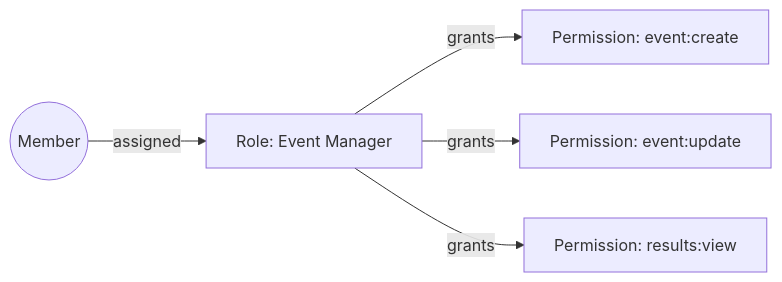
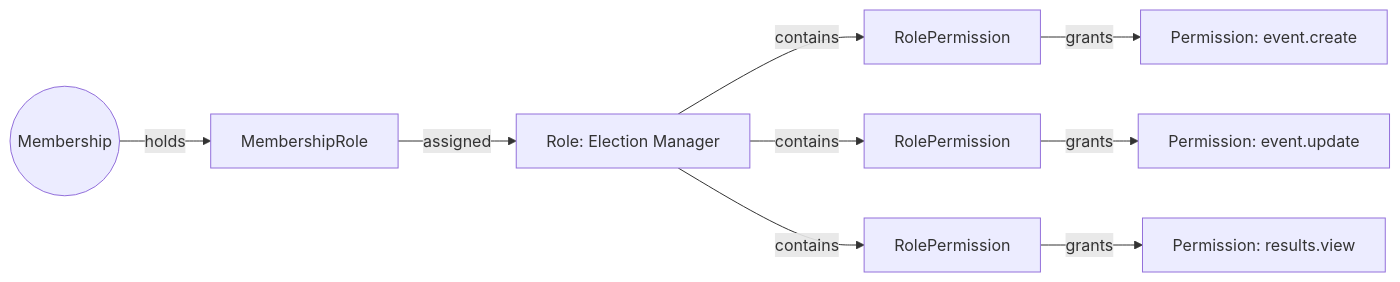
The fourth of 4 diagrams in docs/architecture/domain-model.md (SevenCandid/OmniVote), drawn with Mermaid before and after one commit. The commit also changed other lines of this file and 95 other files, not shown here.

````diff
--- a/docs/architecture/domain-model.md
+++ b/docs/architecture/domain-model.md
@@ -126,7 +163,11 @@
 ```mermaid
 graph LR
-    Member((Member)) -->|assigned| Role[Role: Event Manager]
-    Role -->|grants| P1[Permission: event:create]
-    Role -->|grants| P2[Permission: event:update]
-    Role -->|grants| P3[Permission: results:view]
+    Membership((Membership)) -->|holds| MR[MembershipRole]
+    MR -->|assigned| Role[Role: Election Manager]
+    Role -->|contains| RP1[RolePermission]
+    Role -->|contains| RP2[RolePermission]
+    Role -->|contains| RP3[RolePermission]
+    RP1 -->|grants| P1[Permission: event.create]
+    RP2 -->|grants| P2[Permission: event.update]
+    RP3 -->|grants| P3[Permission: results.view]
 ```
````
